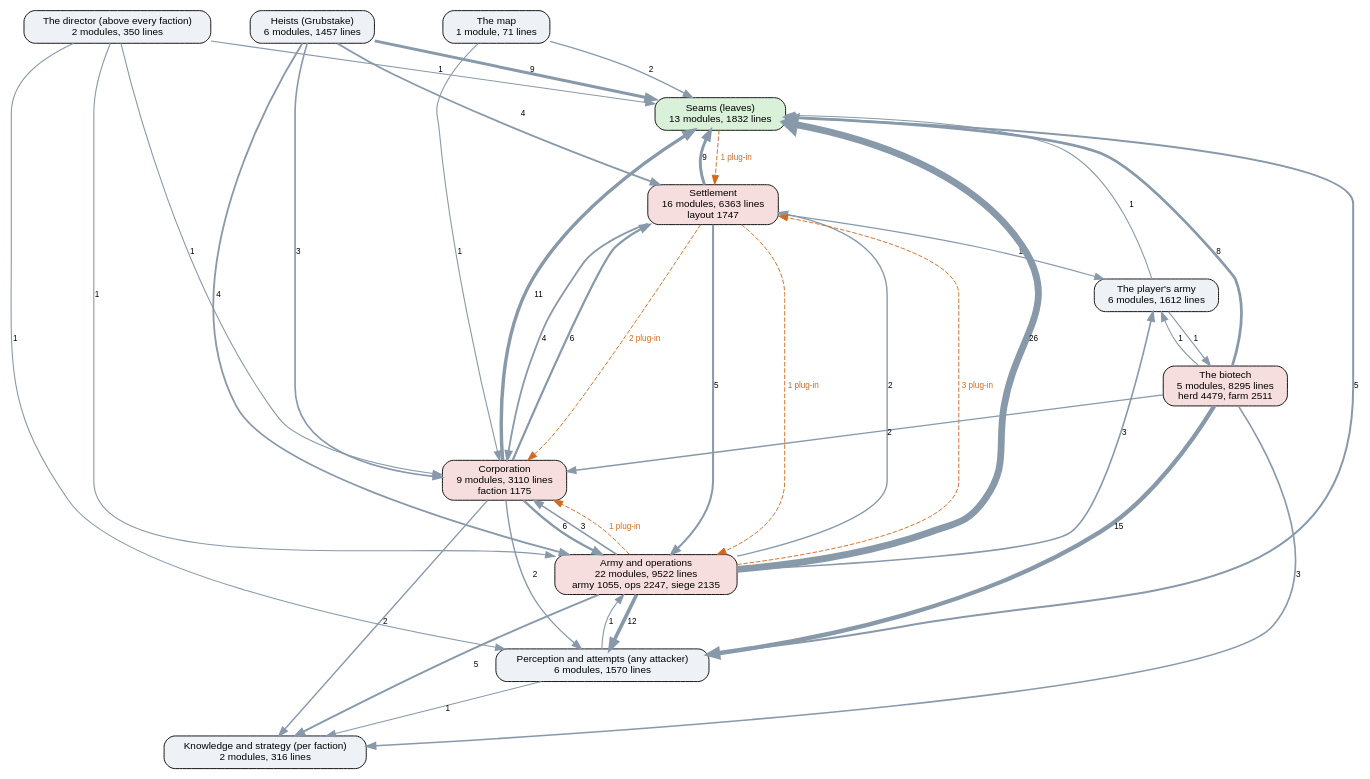
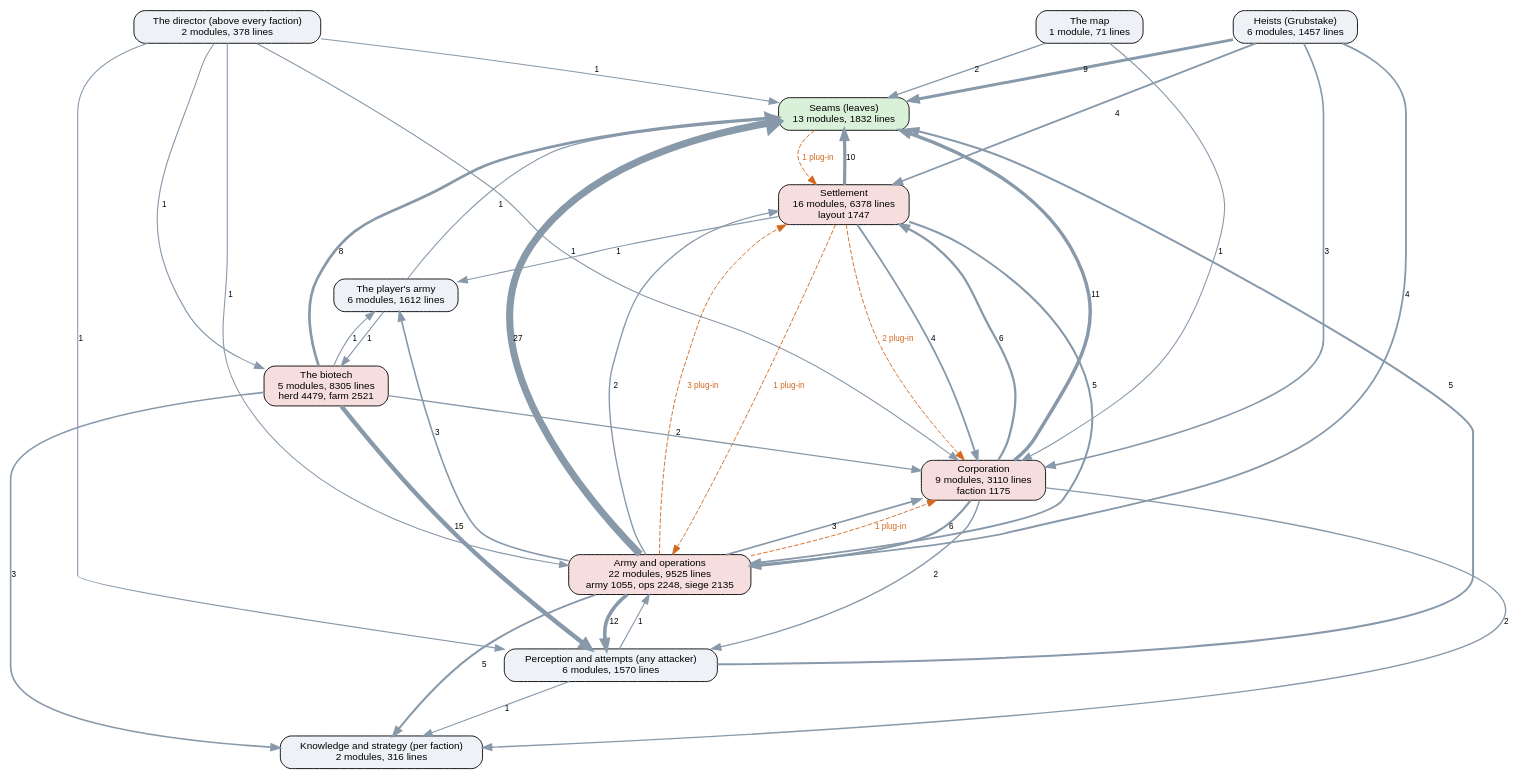
One commit to kinelhu/landing-party changed the diagram in docs/ai-layers.dot. Above: the diagram before and after it, drawn with Graphviz. The commit also changed 16 other files, not shown here.

```diff
--- a/docs/ai-layers.dot
+++ b/docs/ai-layers.dot
@@ -1,56 +1,57 @@
 digraph layers {
   graph [rankdir=TB, fontname="Helvetica", nodesep=0.5, ranksep=0.7];
   node [shape=box, style="rounded,filled", fontname="Helvetica", fontsize=11, fillcolor="#eef2f7"];
   edge [color="#8899aa", fontname="Helvetica", fontsize=9];
   "Seams (leaves)" [label="Seams (leaves)\n13 modules, 1832 lines", fillcolor="#d9f0d9"];
   "Perception and attempts (any attacker)" [label="Perception and attempts (any attacker)\n6 modules, 1570 lines", fillcolor="#eef2f7"];
   "Knowledge and strategy (per faction)" [label="Knowledge and strategy (per faction)\n2 modules, 316 lines", fillcolor="#eef2f7"];
-  "The director (above every faction)" [label="The director (above every faction)\n2 modules, 350 lines", fillcolor="#eef2f7"];
+  "The director (above every faction)" [label="The director (above every faction)\n2 modules, 378 lines", fillcolor="#eef2f7"];
   "Corporation" [label="Corporation\n9 modules, 3110 lines\nfaction 1175", fillcolor="#f7dede"];
-  "Settlement" [label="Settlement\n16 modules, 6363 lines\nlayout 1747", fillcolor="#f7dede"];
-  "Army and operations" [label="Army and operations\n22 modules, 9522 lines\narmy 1055, ops 2247, siege 2135", fillcolor="#f7dede"];
+  "Settlement" [label="Settlement\n16 modules, 6378 lines\nlayout 1747", fillcolor="#f7dede"];
+  "Army and operations" [label="Army and operations\n22 modules, 9525 lines\narmy 1055, ops 2248, siege 2135", fillcolor="#f7dede"];
   "Heists (Grubstake)" [label="Heists (Grubstake)\n6 modules, 1457 lines", fillcolor="#eef2f7"];
-  "The biotech" [label="The biotech\n5 modules, 8295 lines\nherd 4479, farm 2511", fillcolor="#f7dede"];
+  "The biotech" [label="The biotech\n5 modules, 8305 lines\nherd 4479, farm 2521", fillcolor="#f7dede"];
   "The map" [label="The map\n1 module, 71 lines", fillcolor="#eef2f7"];
   "The player's army" [label="The player's army\n6 modules, 1612 lines", fillcolor="#eef2f7"];
   "Army and operations" -> "Corporation" [label="3", penwidth=1.8];
   "Army and operations" -> "Knowledge and strategy (per faction)" [label="5", penwidth=2.2];
   "Army and operations" -> "Perception and attempts (any attacker)" [label="12", penwidth=4.0];
-  "Army and operations" -> "Seams (leaves)" [label="26", penwidth=7.5];
+  "Army and operations" -> "Seams (leaves)" [label="27", penwidth=7.8];
   "Army and operations" -> "Settlement" [label="2", penwidth=1.5];
   "Army and operations" -> "The player's army" [label="3", penwidth=1.8];
   "Corporation" -> "Army and operations" [label="6", penwidth=2.5];
   "Corporation" -> "Knowledge and strategy (per faction)" [label="2", penwidth=1.5];
   "Corporation" -> "Perception and attempts (any attacker)" [label="2", penwidth=1.5];
   "Corporation" -> "Seams (leaves)" [label="11", penwidth=3.8];
   "Corporation" -> "Settlement" [label="6", penwidth=2.5];
   "Heists (Grubstake)" -> "Army and operations" [label="4", penwidth=2.0];
   "Heists (Grubstake)" -> "Corporation" [label="3", penwidth=1.8];
   "Heists (Grubstake)" -> "Seams (leaves)" [label="9", penwidth=3.2];
   "Heists (Grubstake)" -> "Settlement" [label="4", penwidth=2.0];
   "Perception and attempts (any attacker)" -> "Army and operations" [label="1", penwidth=1.2];
   "Perception and attempts (any attacker)" -> "Knowledge and strategy (per faction)" [label="1", penwidth=1.2];
   "Perception and attempts (any attacker)" -> "Seams (leaves)" [label="5", penwidth=2.2];
   "Settlement" -> "Army and operations" [label="5", penwidth=2.2];
   "Settlement" -> "Corporation" [label="4", penwidth=2.0];
-  "Settlement" -> "Seams (leaves)" [label="9", penwidth=3.2];
+  "Settlement" -> "Seams (leaves)" [label="10", penwidth=3.5];
   "Settlement" -> "The player's army" [label="1", penwidth=1.2];
   "The biotech" -> "Corporation" [label="2", penwidth=1.5];
   "The biotech" -> "Knowledge and strategy (per faction)" [label="3", penwidth=1.8];
   "The biotech" -> "Perception and attempts (any attacker)" [label="15", penwidth=4.8];
   "The biotech" -> "Seams (leaves)" [label="8", penwidth=3.0];
   "The biotech" -> "The player's army" [label="1", penwidth=1.2];
   "The director (above every faction)" -> "Army and operations" [label="1", penwidth=1.2];
   "The director (above every faction)" -> "Corporation" [label="1", penwidth=1.2];
   "The director (above every faction)" -> "Perception and attempts (any attacker)" [label="1", penwidth=1.2];
   "The director (above every faction)" -> "Seams (leaves)" [label="1", penwidth=1.2];
+  "The director (above every faction)" -> "The biotech" [label="1", penwidth=1.2];
   "The map" -> "Corporation" [label="1", penwidth=1.2];
   "The map" -> "Seams (leaves)" [label="2", penwidth=1.5];
   "The player's army" -> "Seams (leaves)" [label="1", penwidth=1.2];
   "The player's army" -> "The biotech" [label="1", penwidth=1.2];
   "Army and operations" -> "Corporation" [style=dashed, color="#d2691e", fontcolor="#d2691e", label="1 plug-in"];
   "Army and operations" -> "Settlement" [style=dashed, color="#d2691e", fontcolor="#d2691e", label="3 plug-in"];
   "Seams (leaves)" -> "Settlement" [style=dashed, color="#d2691e", fontcolor="#d2691e", label="1 plug-in"];
   "Settlement" -> "Army and operations" [style=dashed, color="#d2691e", fontcolor="#d2691e", label="1 plug-in"];
   "Settlement" -> "Corporation" [style=dashed, color="#d2691e", fontcolor="#d2691e", label="2 plug-in"];
 }
```
